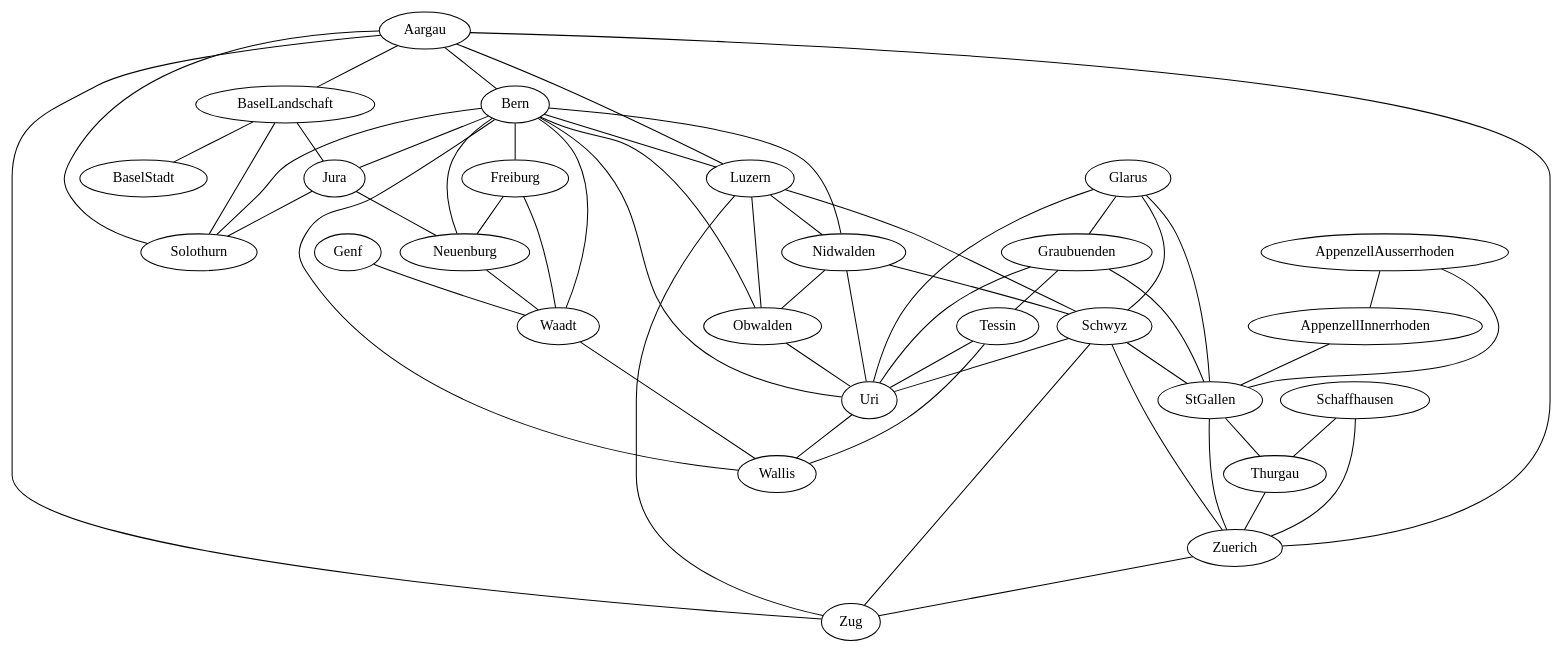
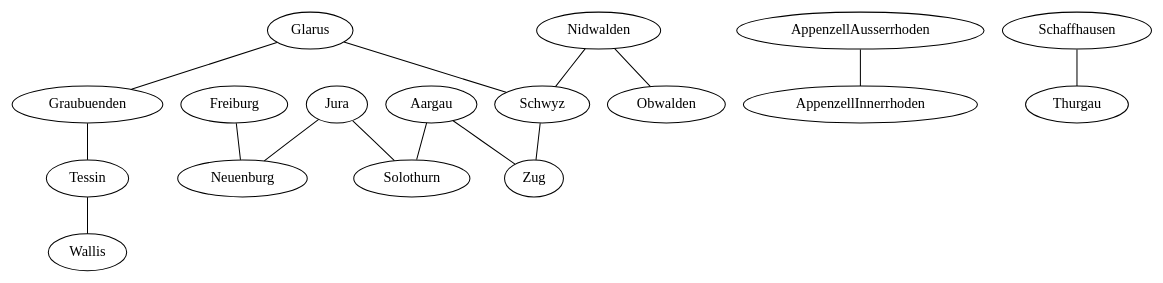
The diagram in ex07/assets/cantons.dot (beniregez/AI_2026), drawn with Graphviz before and after one commit. The commit also changed 1 other file, not shown here.

```diff
--- a/ex07/assets/cantons.dot
+++ b/ex07/assets/cantons.dot
@@ -1,70 +1,70 @@
 // Constraint-Graph for the graph coloring problem formatted for graphviz.
 //
 // Installation of graphviz on Debian/Ubuntu Linux: package "graphviz". For
 // other operating systems, visit http://www.graphviz.org.
 //
 // To visualize the graph, run "dot -T pdf -o output.pdf kantone.dot" (the
 // result is written to output.pdf)
 //
 // A simple possibility to test different cut sets is to comment all arcs that
 // belong to one canton by using the comment sign "//".
 
 graph {
-    Aargau -- BaselLandschaft
-    Aargau -- Bern
-    Aargau -- Luzern
+//    Aargau -- BaselLandschaft
+//    Aargau -- Bern
+//    Aargau -- Luzern
     Aargau -- Solothurn
-    Aargau -- Zuerich
+//    Aargau -- Zuerich
     Aargau -- Zug
     AppenzellAusserrhoden -- AppenzellInnerrhoden
-    AppenzellAusserrhoden -- StGallen
-    AppenzellInnerrhoden -- StGallen
-    BaselLandschaft -- BaselStadt
-    BaselLandschaft -- Jura
-    BaselLandschaft -- Solothurn
-    Bern -- Freiburg
-    Bern -- Jura
-    Bern -- Luzern
-    Bern -- Neuenburg
-    Bern -- Nidwalden
-    Bern -- Obwalden
-    Bern -- Solothurn
-    Bern -- Uri
-    Bern -- Waadt
-    Bern -- Wallis
+//    AppenzellAusserrhoden -- StGallen
+//    AppenzellInnerrhoden -- StGallen
+//    BaselLandschaft -- BaselStadt
+//    BaselLandschaft -- Jura
+//    BaselLandschaft -- Solothurn
+//    Bern -- Freiburg
+//    Bern -- Jura
+//    Bern -- Luzern
+//    Bern -- Neuenburg
+//    Bern -- Nidwalden
+//    Bern -- Obwalden
+//    Bern -- Solothurn
+//    Bern -- Uri
+//    Bern -- Waadt
+//    Bern -- Wallis
     Freiburg -- Neuenburg
-    Freiburg -- Waadt
-    Genf -- Waadt
+//    Freiburg -- Waadt
+//    Genf -- Waadt
     Glarus -- Graubuenden
     Glarus -- Schwyz
-    Glarus -- StGallen
-    Glarus -- Uri
-    Graubuenden -- StGallen
+//    Glarus -- StGallen
+//    Glarus -- Uri
+//    Graubuenden -- StGallen
     Graubuenden -- Tessin
-    Graubuenden -- Uri
+//    Graubuenden -- Uri
     Jura -- Neuenburg
     Jura -- Solothurn
-    Luzern -- Nidwalden
-    Luzern -- Obwalden
-    Luzern -- Schwyz
-    Luzern -- Zug
-    Neuenburg -- Waadt
+//    Luzern -- Nidwalden
+//    Luzern -- Obwalden
+//    Luzern -- Schwyz
+//    Luzern -- Zug
+//    Neuenburg -- Waadt
     Nidwalden -- Obwalden
     Nidwalden -- Schwyz
-    Nidwalden -- Uri
-    Obwalden -- Uri
+//    Nidwalden -- Uri
+//    Obwalden -- Uri
     Schaffhausen -- Thurgau
-    Schaffhausen -- Zuerich
-    Schwyz -- StGallen
-    Schwyz -- Uri
-    Schwyz -- Zuerich
+//    Schaffhausen -- Zuerich
+//    Schwyz -- StGallen
+//    Schwyz -- Uri
+//    Schwyz -- Zuerich
     Schwyz -- Zug
-    StGallen -- Thurgau
-    StGallen -- Zuerich
-    Tessin -- Uri
+//    StGallen -- Thurgau
+//    StGallen -- Zuerich
+//    Tessin -- Uri
     Tessin -- Wallis
-    Thurgau -- Zuerich
-    Uri -- Wallis
-    Waadt -- Wallis
-    Zuerich -- Zug
+//    Thurgau -- Zuerich
+//    Uri -- Wallis
+//    Waadt -- Wallis
+//    Zuerich -- Zug
 }
```
